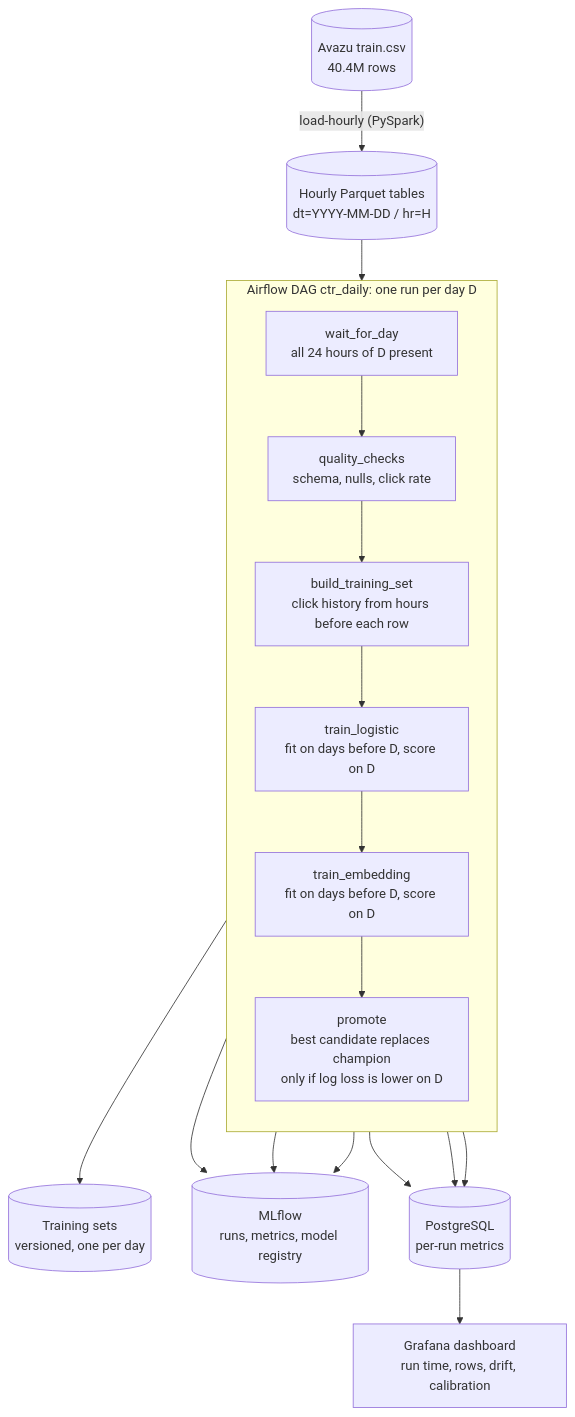
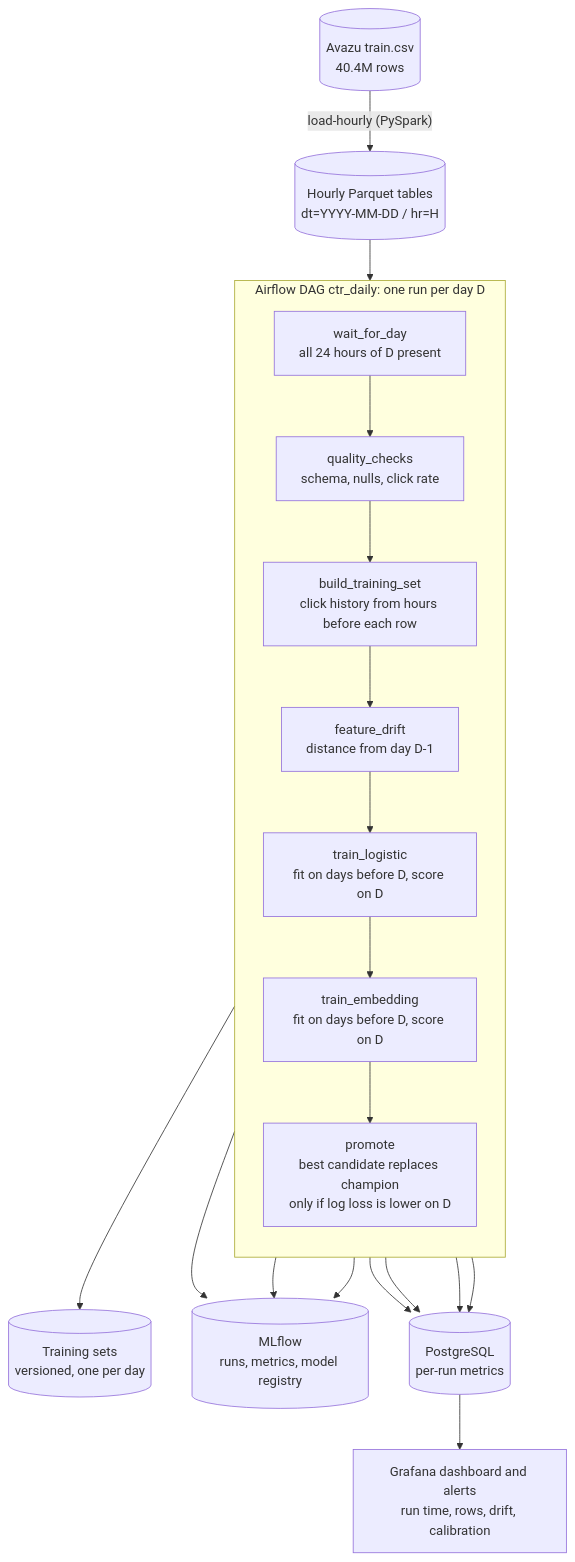
The diagram in README.md (DragonSonBlaze/ctr-training-pipeline), drawn with Mermaid before and after one commit. The commit also changed other lines of this file, not shown here.

````diff
--- a/README.md
+++ b/README.md
@@ -11,23 +11,25 @@
 ```mermaid
 flowchart TD
     raw[("Avazu train.csv<br/>40.4M rows")] -->|"load-hourly (PySpark)"| hourly[("Hourly Parquet tables<br/>dt=YYYY-MM-DD / hr=H")]
 
     subgraph dag ["Airflow DAG ctr_daily: one run per day D"]
         direction TB
         wait["wait_for_day<br/>all 24 hours of D present"] --> qc["quality_checks<br/>schema, nulls, click rate"]
         qc --> build["build_training_set<br/>click history from hours before each row"]
-        build --> lr["train_logistic<br/>fit on days before D, score on D"]
+        build --> drift["feature_drift<br/>distance from day D-1"]
+        drift --> lr["train_logistic<br/>fit on days before D, score on D"]
         lr --> nn["train_embedding<br/>fit on days before D, score on D"]
         nn --> promote["promote<br/>best candidate replaces champion<br/>only if log loss is lower on D"]
     end
 
     hourly --> wait
     build --> sets[("Training sets<br/>versioned, one per day")]
     lr --> mlflow[("MLflow<br/>runs, metrics, model registry")]
     nn --> mlflow
     promote --> mlflow
     qc --> pg[("PostgreSQL<br/>per-run metrics")]
     build --> pg
+    drift --> pg
     promote --> pg
-    pg --> grafana["Grafana dashboard<br/>run time, rows, drift, calibration"]
+    pg --> grafana["Grafana dashboard and alerts<br/>run time, rows, drift, calibration"]
 ```
````
